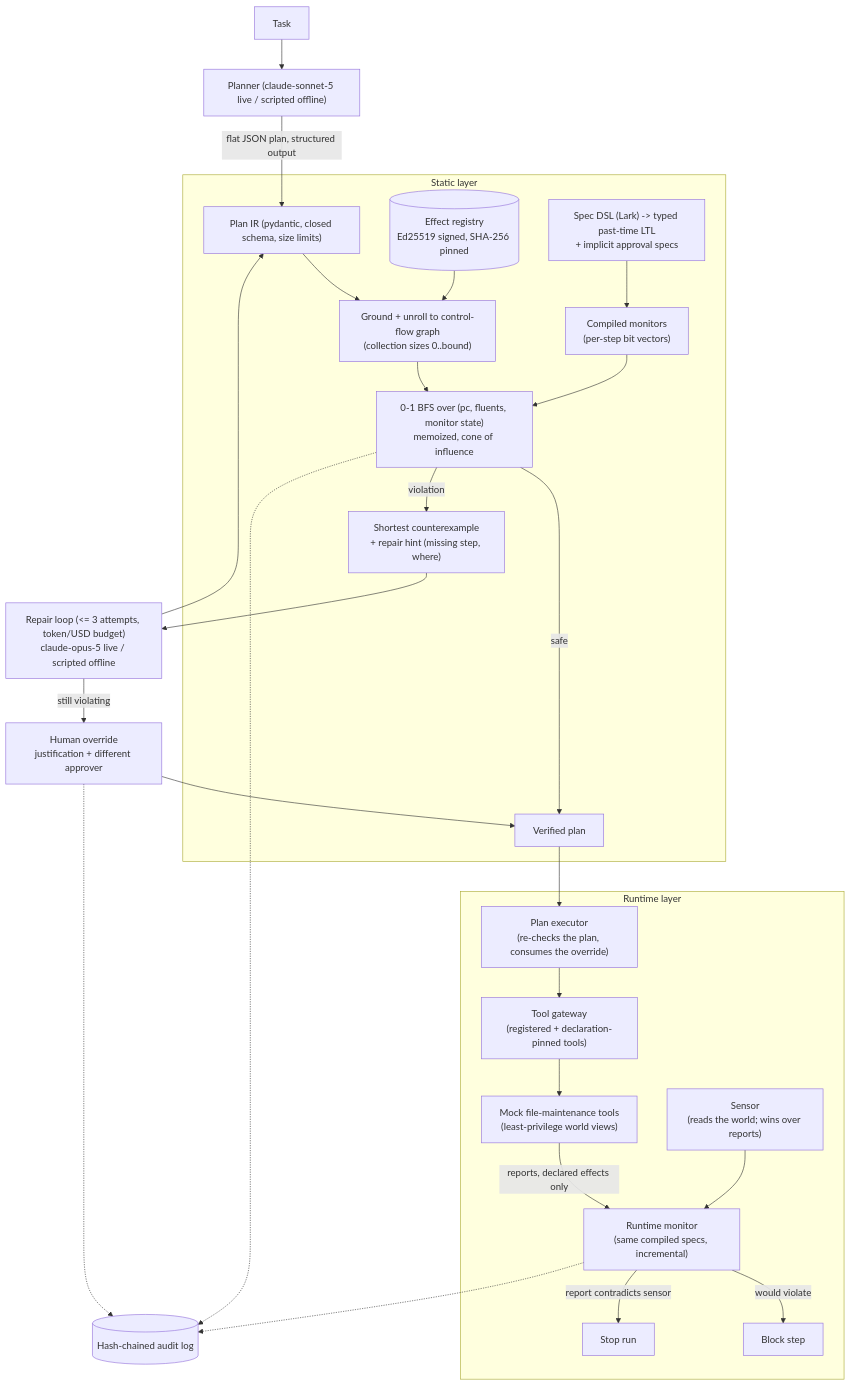
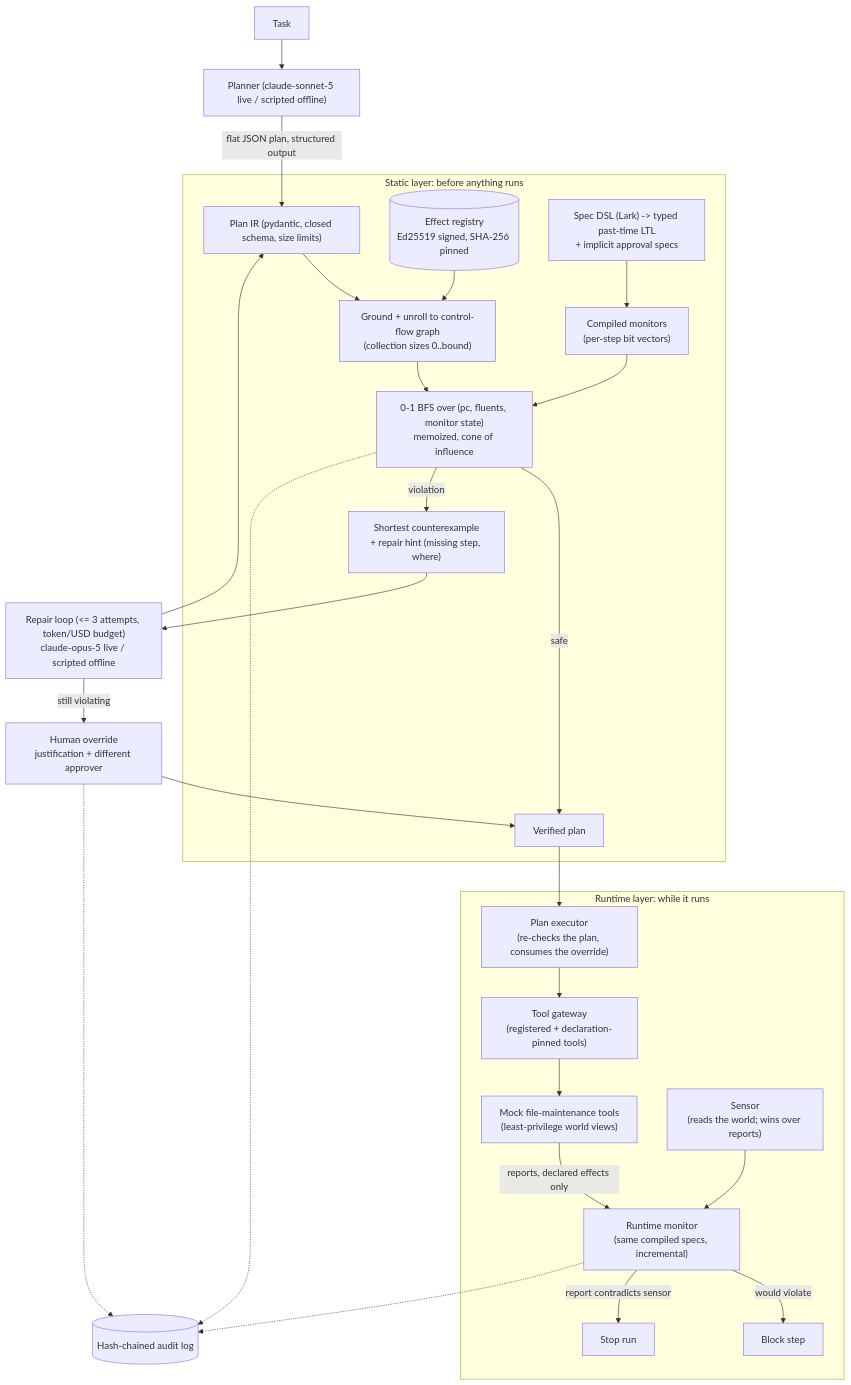
Before and after one commit to rouviere-german/plan-model-checker: the diagram in README.md, drawn with Mermaid. The commit also changed other lines of this file, not shown here.

````diff
--- a/README.md
+++ b/README.md
@@ -36,30 +48,30 @@
 ```mermaid
 flowchart TB
     task[Task] --> planner["Planner (claude-sonnet-5 live / scripted offline)"]
     planner -->|flat JSON plan, structured output| ir["Plan IR (pydantic, closed schema, size limits)"]
-    subgraph static["Static layer"]
+    subgraph static["Static layer: before anything runs"]
         ir --> cfg["Ground + unroll to control-flow graph<br/>(collection sizes 0..bound)"]
         registry[("Effect registry<br/>Ed25519 signed, SHA-256 pinned")] --> cfg
         specs["Spec DSL (Lark) -> typed past-time LTL<br/>+ implicit approval specs"] --> mon["Compiled monitors<br/>(per-step bit vectors)"]
         cfg --> bfs["0-1 BFS over (pc, fluents, monitor state)<br/>memoized, cone of influence"]
         mon --> bfs
         bfs -->|safe| ok[Verified plan]
         bfs -->|violation| cex["Shortest counterexample<br/>+ repair hint (missing step, where)"]
     end
     cex --> repair["Repair loop (<= 3 attempts, token/USD budget)<br/>claude-opus-5 live / scripted offline"]
     repair --> ir
     repair -->|still violating| override["Human override<br/>justification + different approver"]
     override --> ok
-    subgraph runtime["Runtime layer"]
+    subgraph runtime["Runtime layer: while it runs"]
         ok --> exec["Plan executor<br/>(re-checks the plan, consumes the override)"]
         exec --> gate["Tool gateway<br/>(registered + declaration-pinned tools)"]
         gate --> tools["Mock file-maintenance tools<br/>(least-privilege world views)"]
         tools -->|reports, declared effects only| rmon["Runtime monitor<br/>(same compiled specs, incremental)"]
         sensor["Sensor<br/>(reads the world; wins over reports)"] --> rmon
         rmon -->|would violate| block[Block step]
         rmon -->|report contradicts sensor| stop[Stop run]
     end
     bfs -.-> audit[("Hash-chained audit log")]
     rmon -.-> audit
     override -.-> audit
 ```
````
